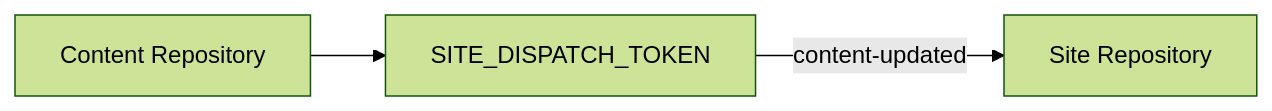
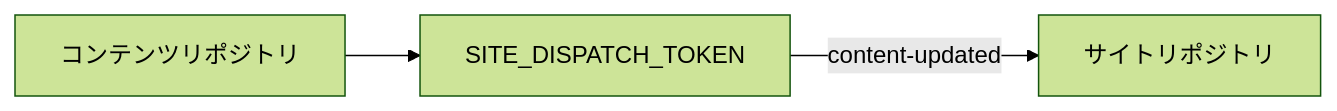
Before and after one commit to Rerurate514/riebeckite: the sixth of 11 diagrams in docs/docs/guides/deployment/github-actions.ja.md, drawn with Mermaid (forest theme). The commit also changed other lines of this file and 310 other files, not shown here.

````diff
--- a/docs/docs/guides/deployment/github-actions.ja.md
+++ b/docs/docs/guides/deployment/github-actions.ja.md
@@ -366,9 +330,9 @@
 ```mermaid id="m04tnw"
 flowchart LR
-    Content["Content Repository"]
+    Content["コンテンツリポジトリ"]
     Token["SITE_DISPATCH_TOKEN"]
-    Site["Site Repository"]
+    Site["サイトリポジトリ"]
 
     Content --> Token
     Token -->|"content-updated"| Site
 ```
````
